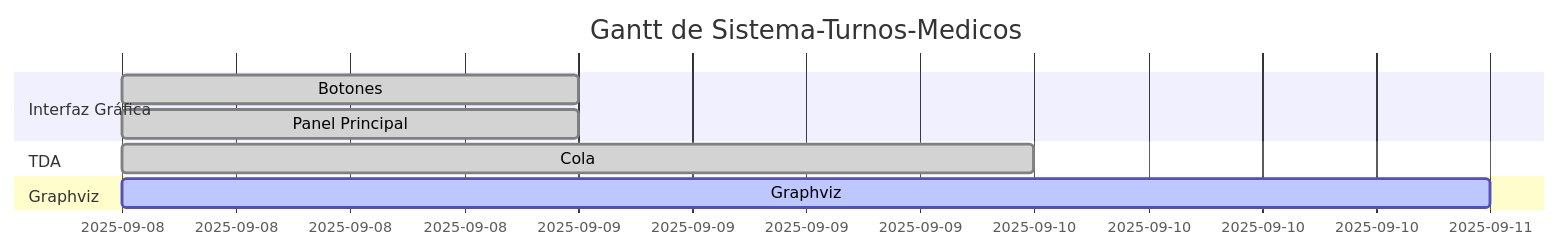
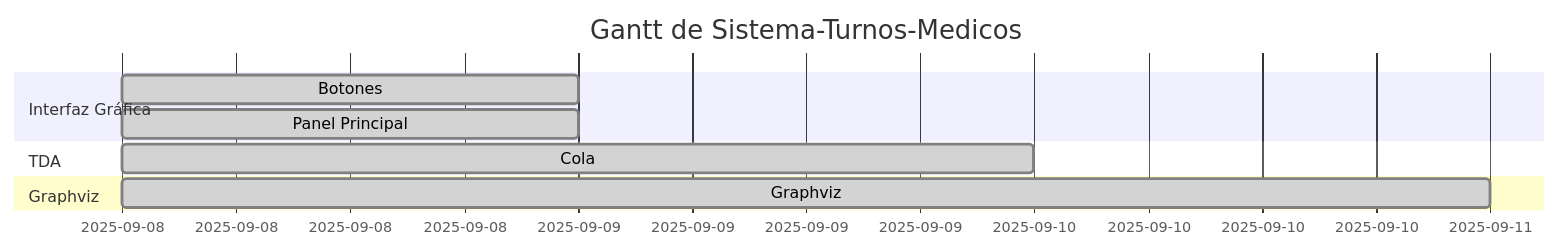
One commit to MynorCifuentes/Sistema-Turnos-Medicos changed the diagram in docs/gantt.md. Above: the diagram before and after it, drawn with Mermaid.

Commit message:
Actualiza diagrama de Gantt automático

````diff
--- a/docs/gantt.md
+++ b/docs/gantt.md
@@ -1,13 +1,13 @@
 ```mermaid
 gantt
     dateFormat  YYYY-MM-DD
     title Gantt de Sistema-Turnos-Medicos
     excludes    weekends
     section Interfaz Gráfica
     Botones :done, 2, 2025-09-08, 2025-09-09
     Panel Principal :done, 1, 2025-09-08, 2025-09-09
     section TDA
     Cola :done, 3, 2025-09-08, 2025-09-10
     section Graphviz
-    Graphviz :active, 4, 2025-09-08, 2025-09-11
+    Graphviz :done, 4, 2025-09-08, 2025-09-11
 ```
````
